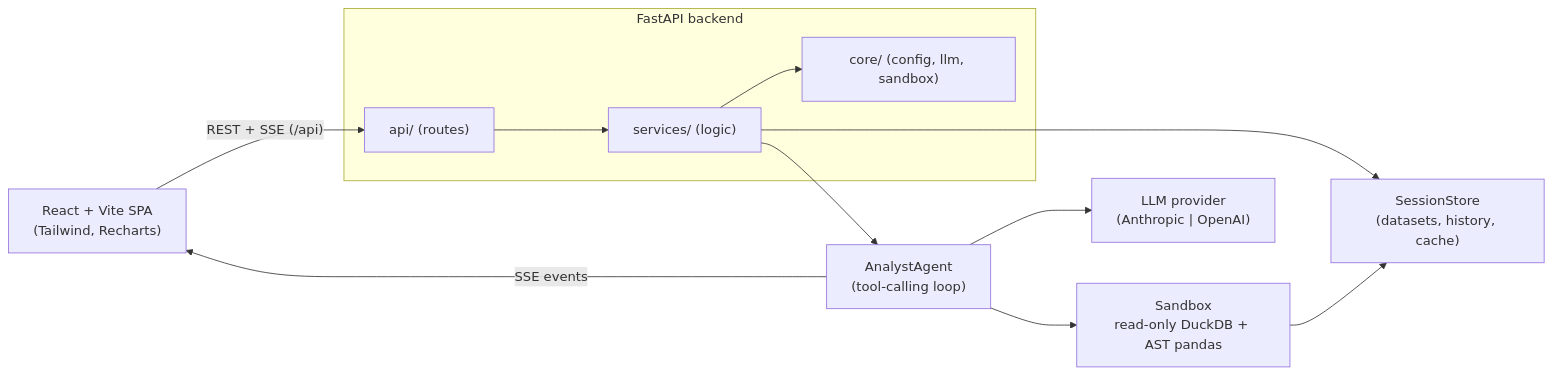
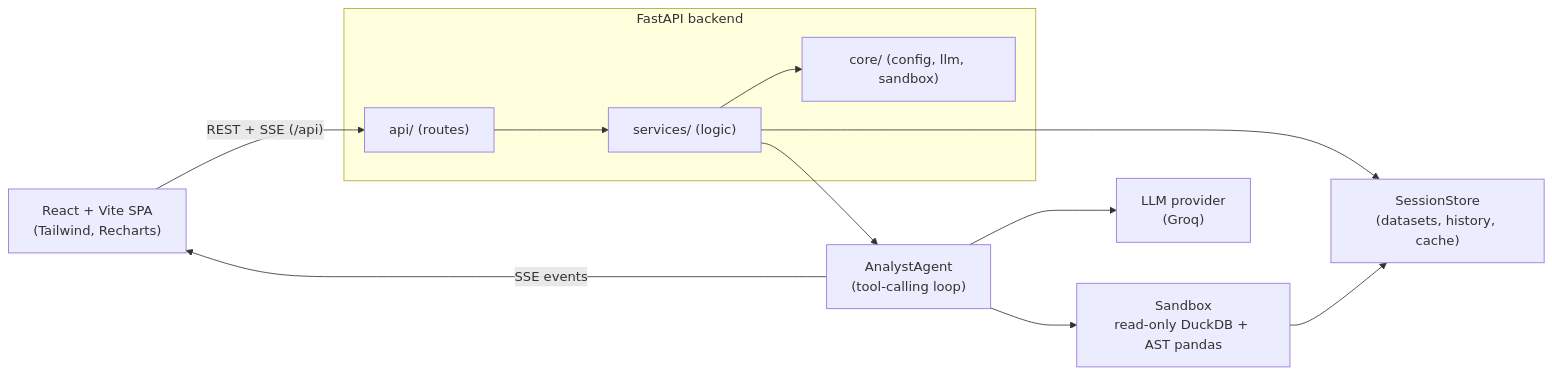
One commit to agniv-dutta/DataPilot changed the diagram in README.md. Above: the diagram before and after it, drawn with Mermaid. The commit also changed other lines of this file and 10 other files, not shown here.

First line of the commit message:
feat: switch LLM provider to Groq with tool-call recovery

````diff
--- a/README.md
+++ b/README.md
@@ -25,16 +25,16 @@
 ```mermaid
 flowchart LR
     Browser["React + Vite SPA<br/>(Tailwind, Recharts)"] -- "REST + SSE (/api)" --> API
 
     subgraph Backend["FastAPI backend"]
         API["api/ (routes)"] --> SVC["services/ (logic)"]
         SVC --> CORE["core/ (config, llm, sandbox)"]
     end
 
     SVC --> Store["SessionStore<br/>(datasets, history, cache)"]
     SVC --> Agent["AnalystAgent<br/>(tool-calling loop)"]
-    Agent --> LLM["LLM provider<br/>(Anthropic | OpenAI)"]
+    Agent --> LLM["LLM provider<br/>(Groq)"]
     Agent --> Sandbox["Sandbox<br/>read-only DuckDB + AST pandas"]
     Sandbox --> Store
     Agent -- "SSE events" --> Browser
 ```
````
